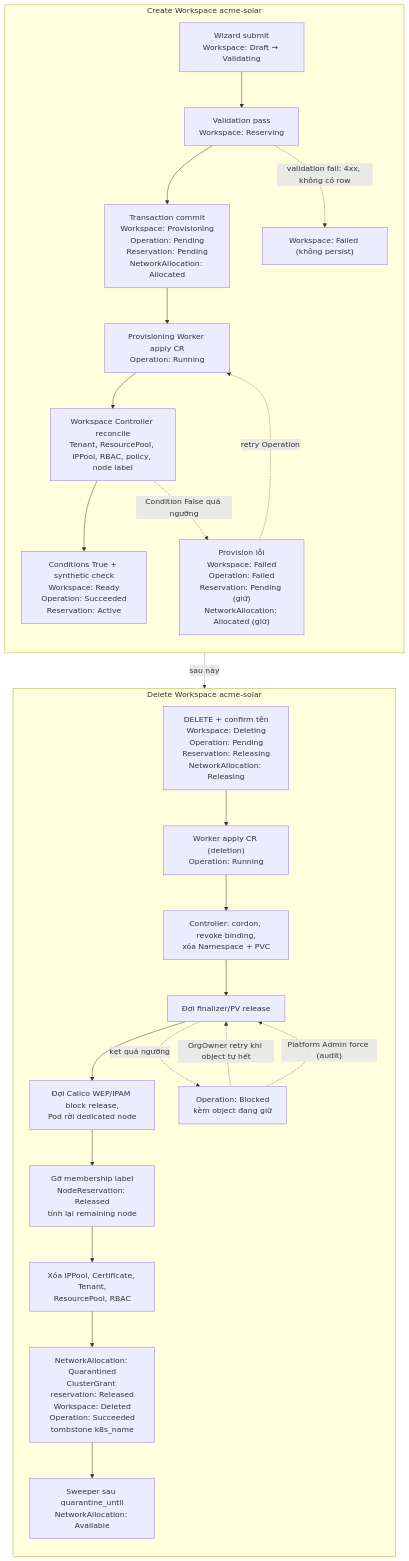
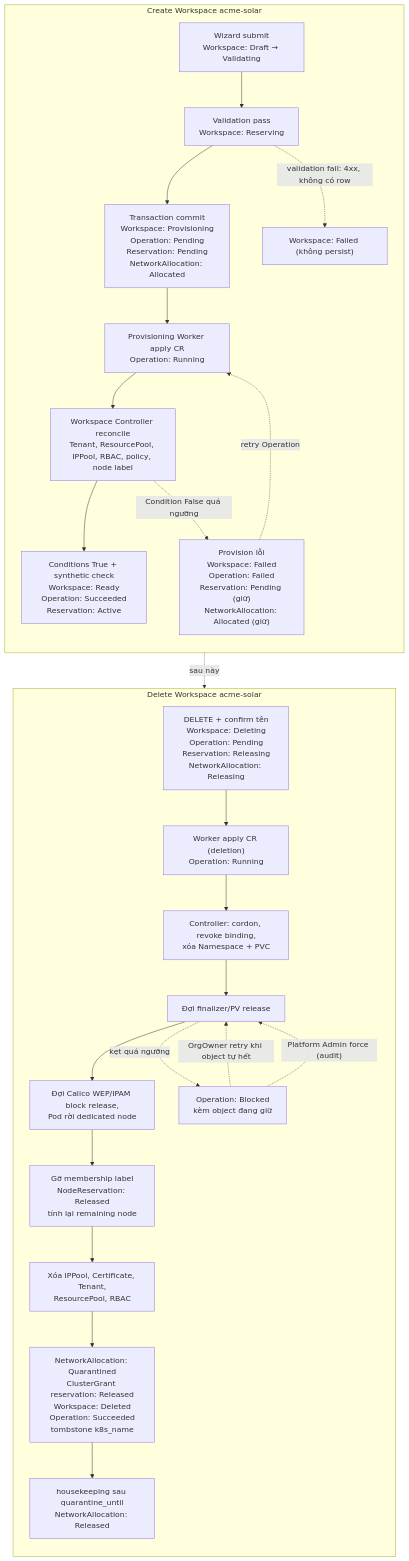
One commit to thaihoc1310/tenantry changed diagram 13 of 14 in docs/architecture/04-state-machines.md. Above: the diagram before and after it, drawn with Mermaid. The commit also changed other lines of this file and 12 other files, not shown here.

````diff
--- a/docs/architecture/04-state-machines.md
+++ b/docs/architecture/04-state-machines.md
@@ -497,37 +490,37 @@
 ```mermaid
 flowchart TB
   subgraph CREATE["Create Workspace acme-solar"]
     direction TB
     C1["Wizard submit<br/>Workspace: Draft → Validating"]
     C2["Validation pass<br/>Workspace: Reserving"]
     C3["Transaction commit<br/>Workspace: Provisioning<br/>Operation: Pending<br/>Reservation: Pending<br/>NetworkAllocation: Allocated"]
     C4["Provisioning Worker apply CR<br/>Operation: Running"]
     C5["Workspace Controller reconcile<br/>Tenant, ResourcePool, IPPool, RBAC, policy, node label"]
     C6["Conditions True + synthetic check<br/>Workspace: Ready<br/>Operation: Succeeded<br/>Reservation: Active"]
     C7["Provision lỗi<br/>Workspace: Failed<br/>Operation: Failed<br/>Reservation: Pending (giữ)<br/>NetworkAllocation: Allocated (giữ)"]
     C1 --> C2 --> C3 --> C4 --> C5 --> C6
     C5 -.->|"Condition False quá ngưỡng"| C7
     C7 -.->|"retry Operation"| C4
     C2 -.->|"validation fail: 4xx, không có row"| CX["Workspace: Failed (không persist)"]
   end
 
   subgraph DELETE["Delete Workspace acme-solar"]
     direction TB
     D1["DELETE + confirm tên<br/>Workspace: Deleting<br/>Operation: Pending<br/>Reservation: Releasing<br/>NetworkAllocation: Releasing"]
     D2["Worker apply CR (deletion)<br/>Operation: Running"]
     D3["Controller: cordon, revoke binding,<br/>xóa Namespace + PVC"]
     D4["Đợi finalizer/PV release"]
     D5["Đợi Calico WEP/IPAM block release,<br/>Pod rời dedicated node"]
     D6["Gỡ membership label<br/>NodeReservation: Released<br/>tính lại remaining node"]
     D7["Xóa IPPool, Certificate, Tenant,<br/>ResourcePool, RBAC"]
     D8["NetworkAllocation: Quarantined<br/>ClusterGrant reservation: Released<br/>Workspace: Deleted<br/>Operation: Succeeded<br/>tombstone k8s_name"]
-    D9["Sweeper sau quarantine_until<br/>NetworkAllocation: Available"]
+    D9["housekeeping sau quarantine_until<br/>NetworkAllocation: Released"]
     DB["Operation: Blocked<br/>kèm object đang giữ"]
     D1 --> D2 --> D3 --> D4 --> D5 --> D6 --> D7 --> D8 --> D9
     D4 -.->|"kẹt quá ngưỡng"| DB
     DB -.->|"OrgOwner retry khi object tự hết"| D4
     DB -.->|"Platform Admin force (audit)"| D4
   end
 
   C6 -.->|"sau này"| D1
 ```
````
